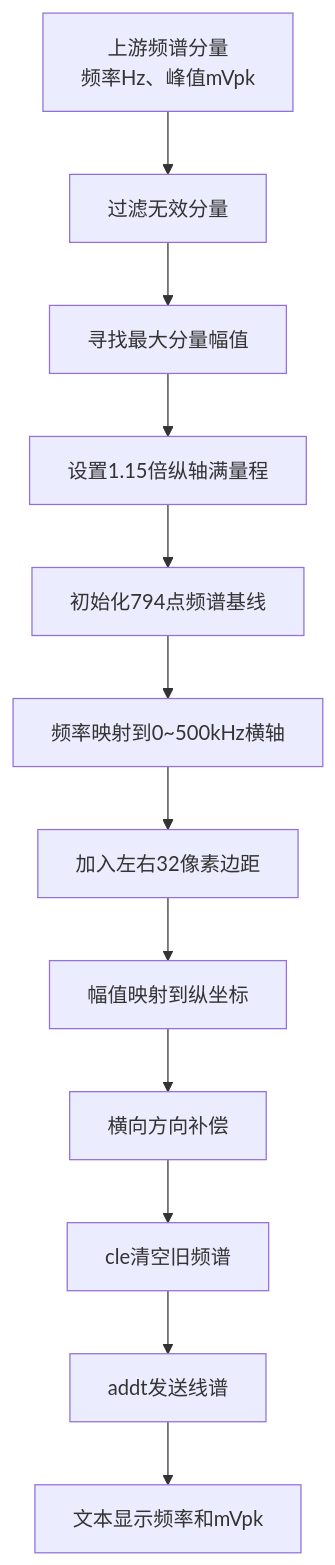
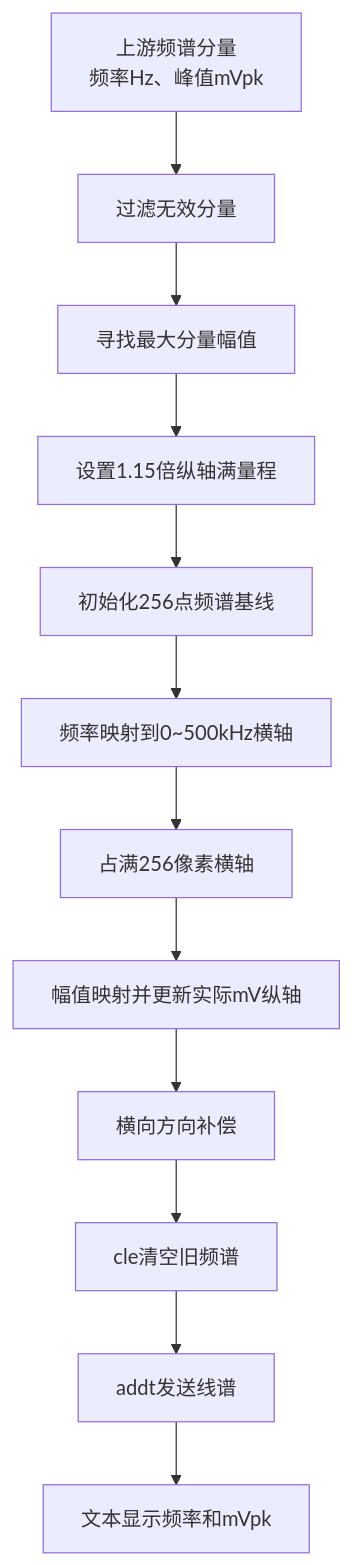
Before and after one commit to Git-ys1/STM32G474-Periodic-Signal-Analyzer: the fourth of 6 diagrams in G_Periodic_Signal_Analyzer/docs/05_report/REPORT_DISPLAY_MODULE_DRAFT.md, drawn with Mermaid. The commit also changed other lines of this file and 20 other files, not shown here.

````diff
--- a/G_Periodic_Signal_Analyzer/docs/05_report/REPORT_DISPLAY_MODULE_DRAFT.md
+++ b/G_Periodic_Signal_Analyzer/docs/05_report/REPORT_DISPLAY_MODULE_DRAFT.md
@@ -503,14 +502,14 @@
 ```mermaid
 flowchart TD
     A["上游频谱分量<br/>频率Hz、峰值mVpk"] --> B["过滤无效分量"]
     B --> C["寻找最大分量幅值"]
     C --> D["设置1.15倍纵轴满量程"]
-    D --> E["初始化794点频谱基线"]
+    D --> E["初始化256点频谱基线"]
     E --> F["频率映射到0~500kHz横轴"]
-    F --> G["加入左右32像素边距"]
-    G --> H["幅值映射到纵坐标"]
+    F --> G["占满256像素横轴"]
+    G --> H["幅值映射并更新实际mV纵轴"]
     H --> I["横向方向补偿"]
     I --> J["cle清空旧频谱"]
     J --> K["addt发送线谱"]
     K --> L["文本显示频率和mVpk"]
 ```
````
